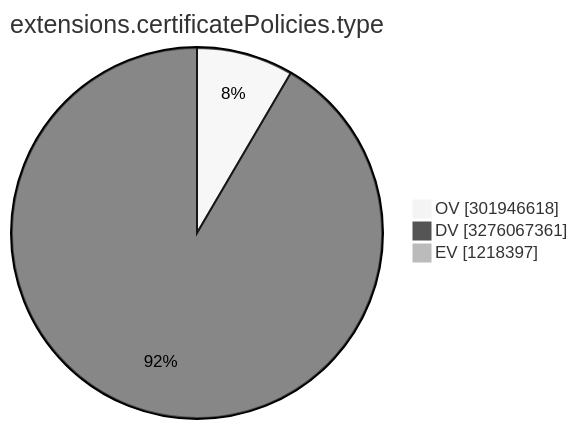
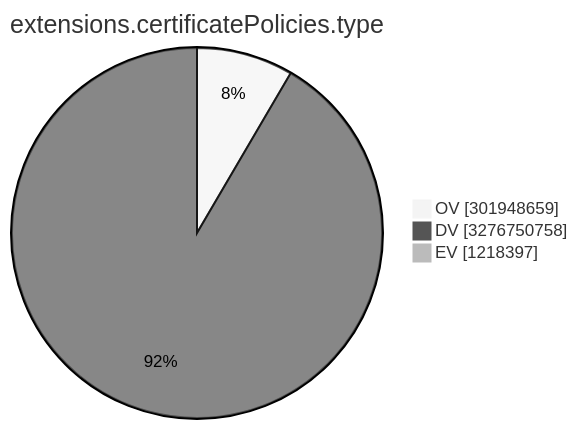
Before and after one commit to christiankrug/ctmonitor_visualization: the ninth of 15 diagrams in TOTAL/README.md, drawn with Mermaid (neutral theme). The commit also changed other lines of this file, not shown here.

````diff
--- a/TOTAL/README.md
+++ b/TOTAL/README.md
@@ -3107,7 +3107,7 @@
 ```mermaid
 pie showData
 title extensions.certificatePolicies.type
-"OV" :301946618
-"DV" :3276067361
+"OV" :301948659
+"DV" :3276750758
 "EV" :1218397
 ```
````
